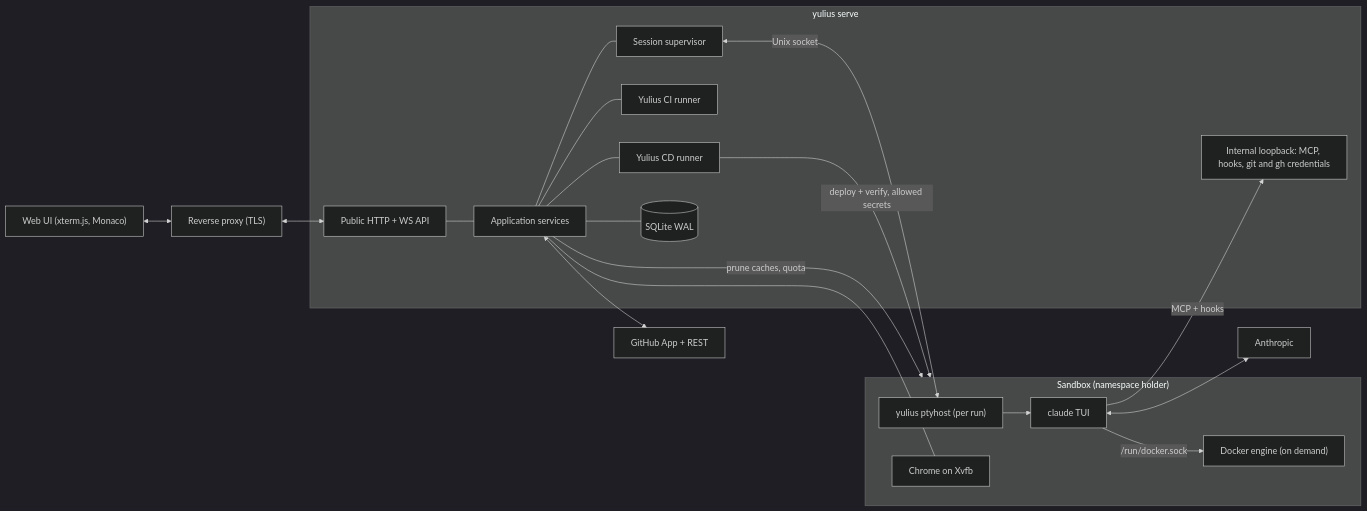
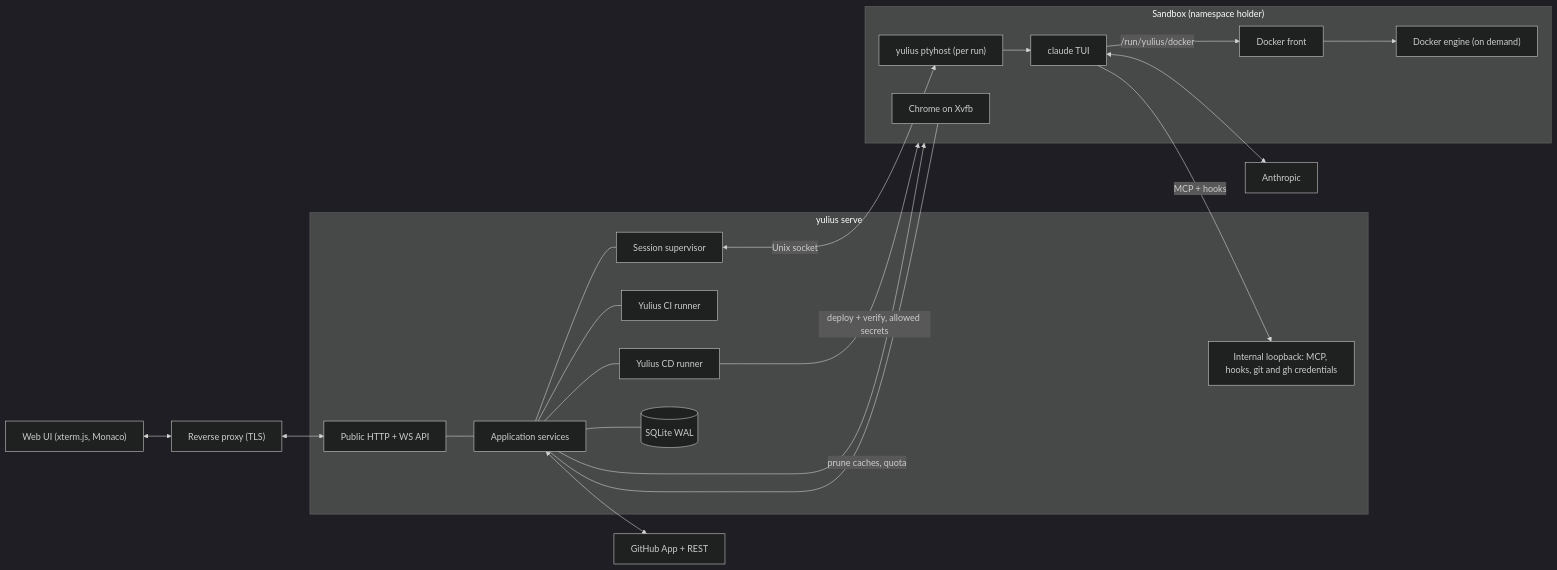
Before and after one commit to Quartio-Studio/yulius: the first of 41 diagrams in docs/architecture.md, drawn with Mermaid (dark theme). The commit also changed other lines of this file and 35 other files, not shown here.

````diff
--- a/docs/architecture.md
+++ b/docs/architecture.md
@@ -9,29 +9,30 @@
 ```mermaid
 flowchart LR
   UI["Web UI (xterm.js, Monaco)"] <--> RP["Reverse proxy (TLS)"] <--> API
   subgraph Server["yulius serve"]
     API["Public HTTP + WS API"]
     INT["Internal loopback: MCP, hooks, git and gh credentials"]
     APP["Application services"]
     SUP["Session supervisor"]
     CI["Yulius CI runner"]
     CD["Yulius CD runner"]
     DB[("SQLite WAL")]
   end
   API --- APP --- DB
   APP --- SUP
   APP --- CI
   APP --- CD
   CD -->|"deploy + verify, allowed secrets"| SB
   APP -->|"prune caches, quota"| SB
   SUP <-->|"Unix socket"| PH["yulius ptyhost (per run)"]
   subgraph SB["Sandbox (namespace holder)"]
     PH --> AG["claude TUI"]
     CH["Chrome on Xvfb"]
-    AG -->|"/run/docker.sock"| DE["Docker engine (on demand)"]
+    AG -->|"/run/yulius/docker"| DF["Docker front"]
+    DF --> DE["Docker engine (on demand)"]
   end
   AG -->|"MCP + hooks"| INT
   APP <--> GH["GitHub App + REST"]
   AG <--> AN["Anthropic"]
   APP --- CH
 ```
````
